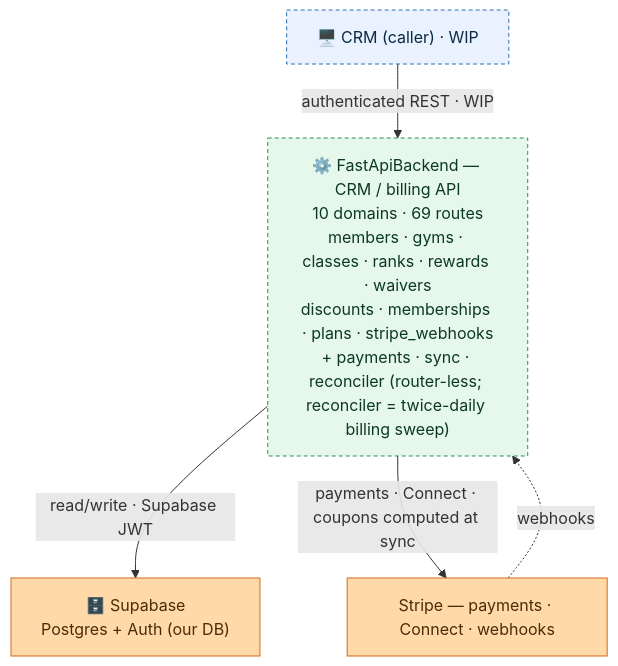
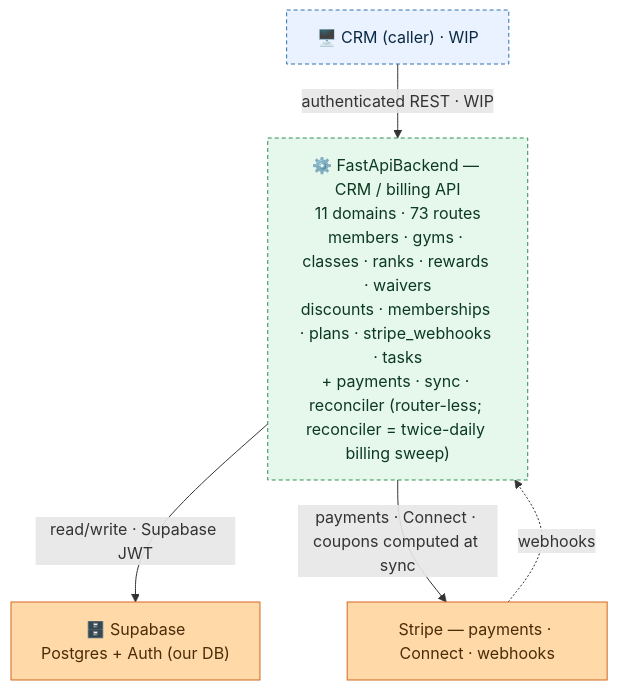
Before and after one commit to jesse51002/CombatDen: the diagram in FastApiBackend/README.md, drawn with Mermaid. The commit also changed other lines of this file and 668 other files, not shown here.

````diff
--- a/FastApiBackend/README.md
+++ b/FastApiBackend/README.md
@@ -15,19 +15,19 @@
 ```mermaid
 flowchart TB
   CRM["🖥️ CRM (caller) · WIP"]
-  FB["⚙️ FastApiBackend — CRM / billing API<br/>10 domains · 69 routes<br/>members · gyms · classes · ranks · rewards · waivers<br/>discounts · memberships · plans · stripe_webhooks<br/>+ payments · sync · reconciler (router-less; reconciler = twice-daily billing sweep)"]
+  FB["⚙️ FastApiBackend — CRM / billing API<br/>11 domains · 73 routes<br/>members · gyms · classes · ranks · rewards · waivers<br/>discounts · memberships · plans · stripe_webhooks · tasks<br/>+ payments · sync · reconciler (router-less; reconciler = twice-daily billing sweep)"]
   Supabase["🗄️ Supabase<br/>Postgres + Auth (our DB)"]
   Stripe["Stripe — payments · Connect · webhooks"]
   CRM -->|"authenticated REST · WIP"| FB
   FB -->|"read/write · Supabase JWT"| Supabase
   FB -->|"payments · Connect · coupons computed at sync"| Stripe
   Stripe -.->|"webhooks"| FB
   classDef client fill:#eaf2ff,stroke:#2f6fb0,color:#0b2942;
   classDef svc fill:#e6f7ec,stroke:#2f8f53,color:#0c3a1f;
   classDef ext fill:#ffd9a8,stroke:#d2691e,color:#4a2c08;
   class CRM client;
   class FB svc;
   class Supabase,Stripe ext;
   style CRM stroke-dasharray:4 3;
   style FB stroke-dasharray:4 3;
 ```
````
